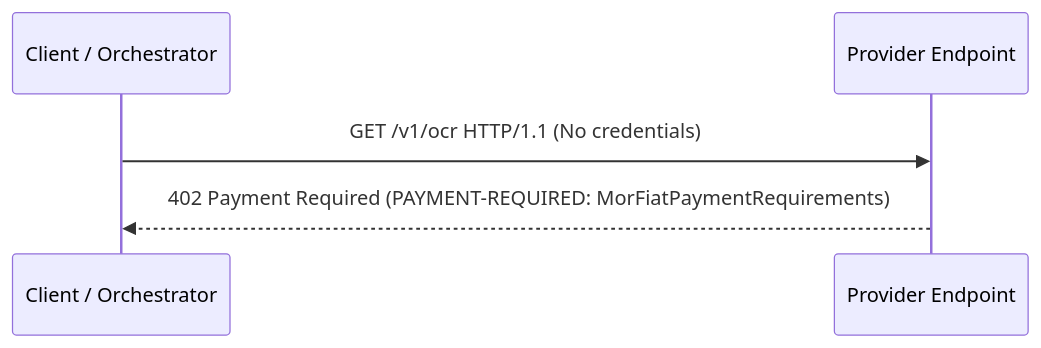
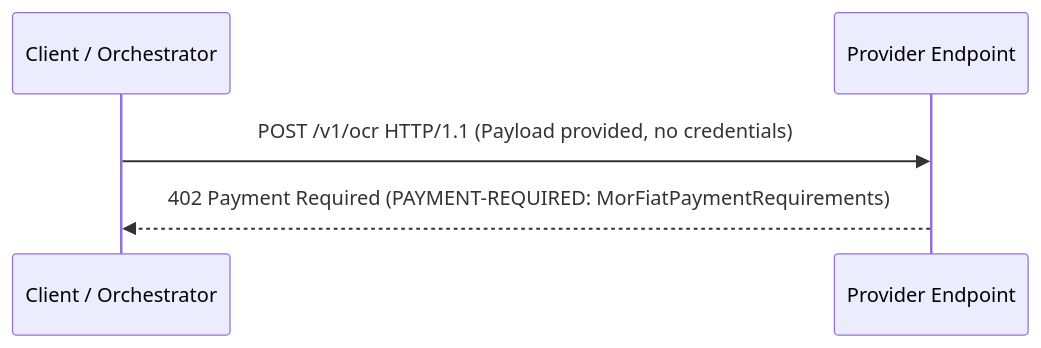
One commit to mceleri/attenuated-agent-budgets changed the first of 5 diagrams in 03-wire-protocol.md. Above: the diagram before and after it, drawn with Mermaid. The commit also changed other lines of this file, not shown here.

Commit message:
docs: add direct links, expand 402 condition, and standardize OCR POST requests

````diff
--- a/03-wire-protocol.md
+++ b/03-wire-protocol.md
@@ -149,8 +153,8 @@
 ```mermaid
 sequenceDiagram
     participant C as Client / Orchestrator
     participant P as Provider Endpoint
 
-    C->>P: GET /v1/ocr HTTP/1.1 (No credentials)
+    C->>P: POST /v1/ocr HTTP/1.1 (Payload provided, no credentials)
     P-->>C: 402 Payment Required (PAYMENT-REQUIRED: MorFiatPaymentRequirements)
 ```
````
